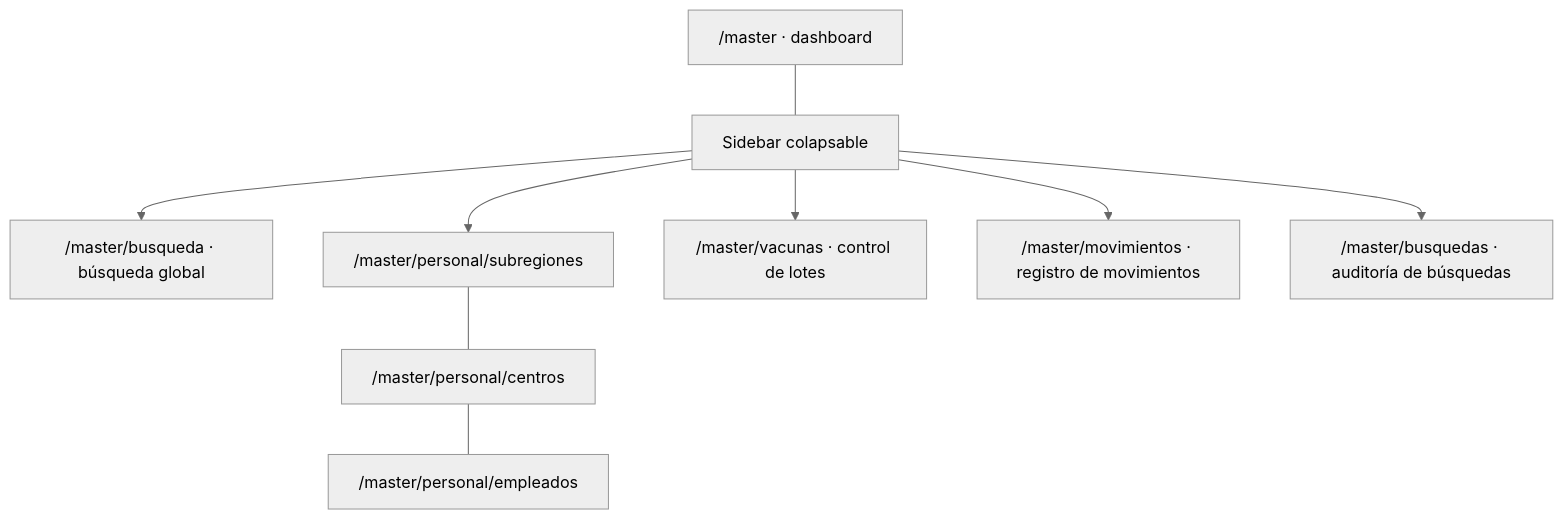
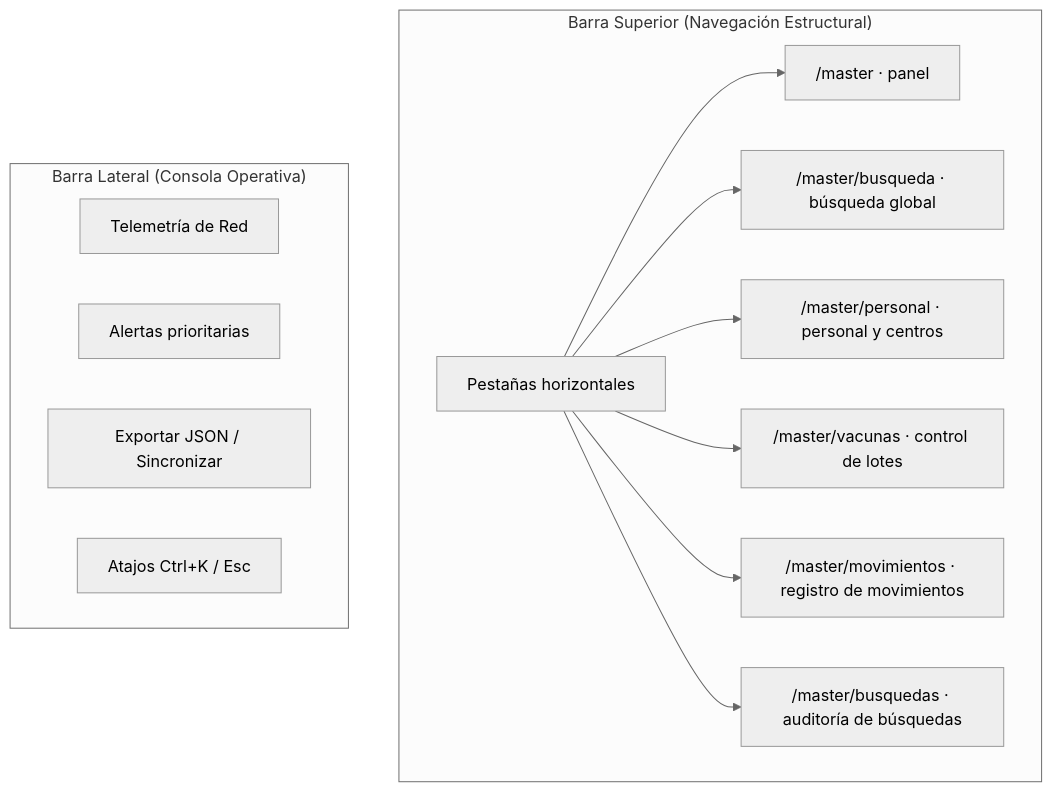
One commit to svengeance07/VIHpositivoXD changed the second of 2 diagrams in docs/diseno/vistas.md. Above: the diagram before and after it, drawn with Mermaid (neutral theme). The commit also changed other lines of this file and 23 other files, not shown here.

````diff
--- a/docs/diseno/vistas.md
+++ b/docs/diseno/vistas.md
@@ -77,21 +89,25 @@
 ```mermaid
 flowchart TD
-    dash["/master · dashboard"]
-    sidebar["Sidebar colapsable"]
-    busqueda["/master/busqueda · búsqueda global"]
-    sub["/master/personal/subregiones"]
-    cen["/master/personal/centros"]
-    emp["/master/personal/empleados"]
-    vac["/master/vacunas · control de lotes"]
-    mov["/master/movimientos · registro de movimientos"]
-    bus["/master/busquedas · auditoría de búsquedas"]
+    subgraph BarraSuperior["Barra Superior (Navegación Estructural)"]
+      tabs["Pestañas horizontales"]
+      dash["/master · panel"]
+      busqueda["/master/busqueda · búsqueda global"]
+      pers["/master/personal · personal y centros"]
+      vac["/master/vacunas · control de lotes"]
+      mov["/master/movimientos · registro de movimientos"]
+      bus["/master/busquedas · auditoría de búsquedas"]
+      tabs --> dash
+      tabs --> busqueda
+      tabs --> pers
+      tabs --> vac
+      tabs --> mov
+      tabs --> bus
+    end
 
-    dash --- sidebar
-    sidebar --> busqueda
-    sidebar --> sub
-    sidebar --> vac
-    sidebar --> mov
-    sidebar --> bus
-    sub --- cen
-    cen --- emp
+    subgraph BarraLateral["Barra Lateral (Consola Operativa)"]
+      tele["Telemetría de Red"]
+      alert["Alertas prioritarias"]
+      acc["Exportar JSON / Sincronizar"]
+      atajos["Atajos Ctrl+K / Esc"]
+    end
 ```
````
